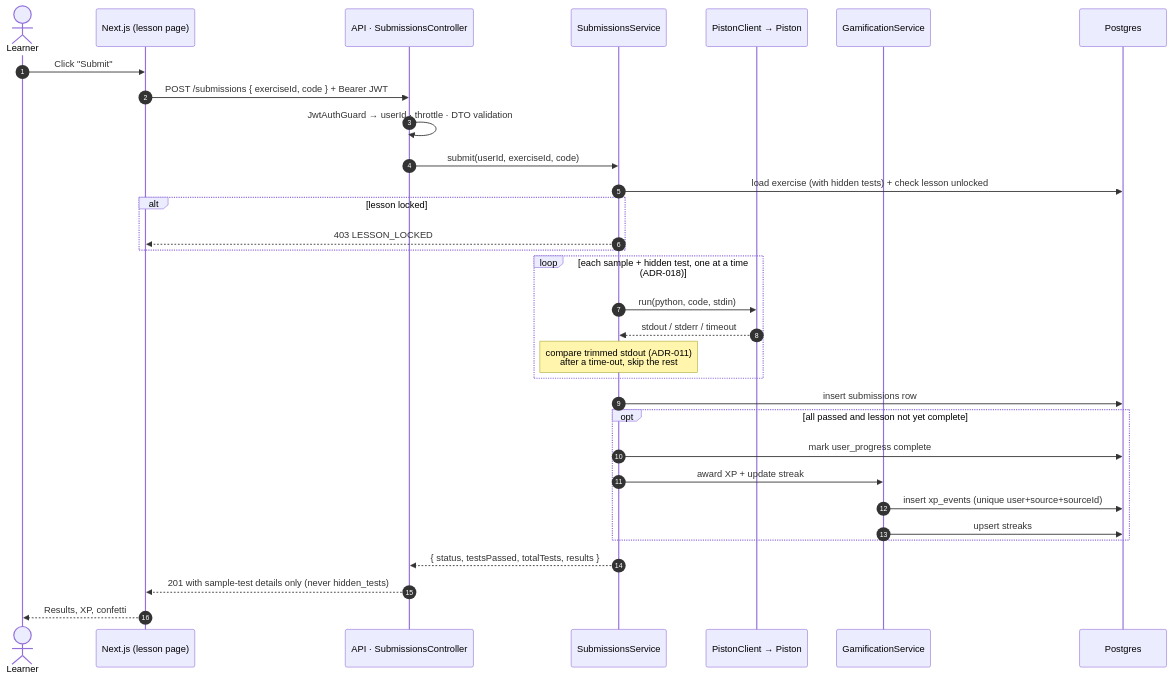
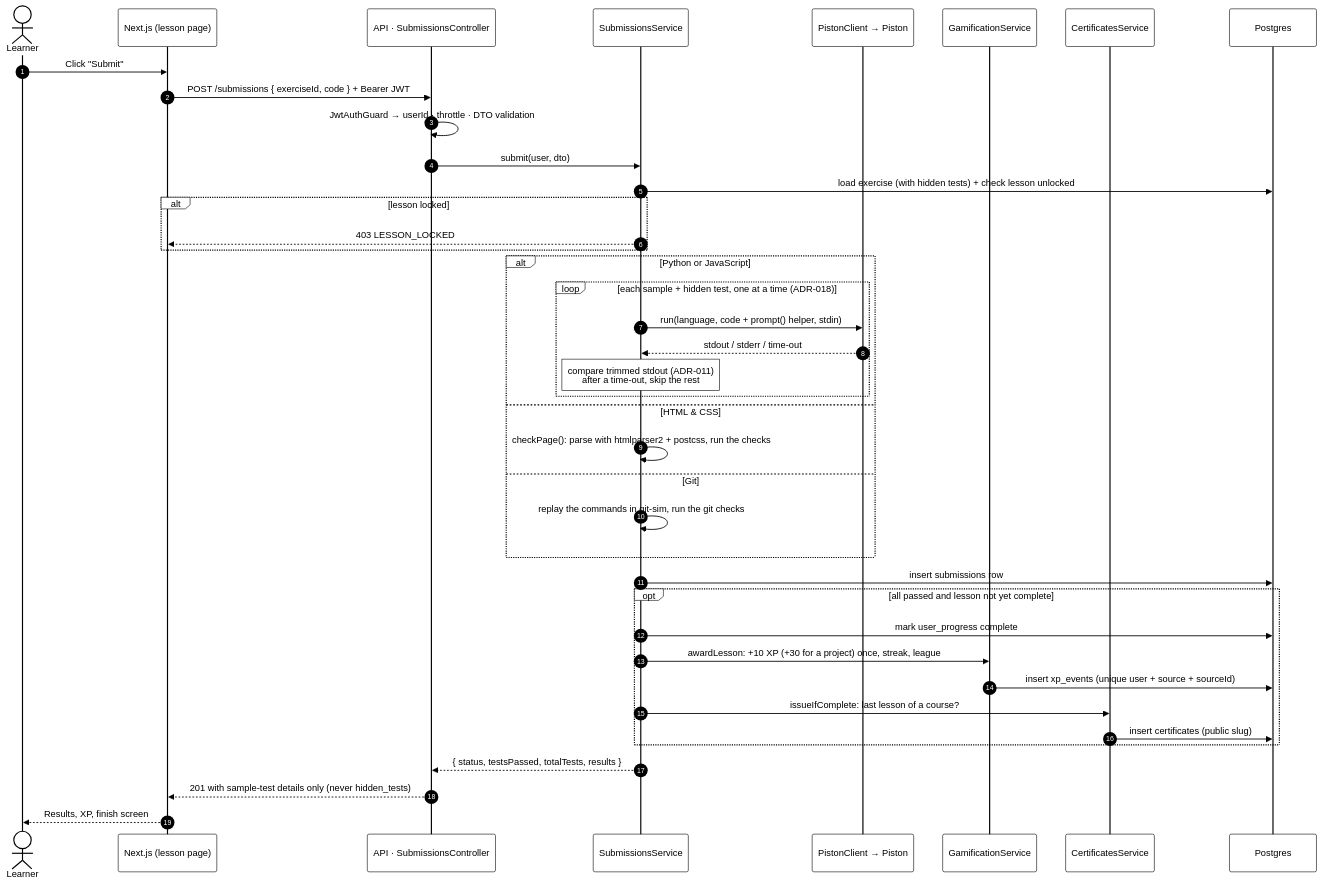
Before and after one commit to Hritik-sharmaa/loophole: the third of 14 diagrams in docs/diagrams/architecture.md, drawn with Mermaid. The commit also changed other lines of this file and 4 other files, not shown here.

Commit message:
docs: add architecture and system design diagrams with documentation

````diff
--- a/docs/diagrams/architecture.md
+++ b/docs/diagrams/architecture.md
@@ -158,35 +201,44 @@
 ```mermaid
+%%{init: {"theme": "base", "themeVariables": {"background": "#ffffff", "primaryColor": "#ffffff", "primaryTextColor": "#000000", "primaryBorderColor": "#000000", "lineColor": "#000000", "textColor": "#000000", "mainBkg": "#ffffff", "actorBkg": "#ffffff", "actorBorder": "#000000", "actorTextColor": "#000000", "actorLineColor": "#000000", "signalColor": "#000000", "signalTextColor": "#000000", "labelBoxBkgColor": "#ffffff", "labelBoxBorderColor": "#000000", "labelTextColor": "#000000", "loopTextColor": "#000000", "noteBkgColor": "#ffffff", "noteBorderColor": "#000000", "noteTextColor": "#000000", "activationBkgColor": "#ffffff", "activationBorderColor": "#000000", "sequenceNumberColor": "#ffffff", "altBackground": "#ffffff"}}}%%
 sequenceDiagram
     autonumber
     actor L as Learner
     participant W as Next.js (lesson page)
     participant A as API · SubmissionsController
     participant S as SubmissionsService
     participant P as PistonClient → Piston
     participant G as GamificationService
+    participant C as CertificatesService
     participant DB as Postgres
 
     L->>W: Click "Submit"
     W->>A: POST /submissions { exerciseId, code } + Bearer JWT
     A->>A: JwtAuthGuard → userId · throttle · DTO validation
-    A->>S: submit(userId, exerciseId, code)
+    A->>S: submit(user, dto)
     S->>DB: load exercise (with hidden tests) + check lesson unlocked
     alt lesson locked
         S-->>W: 403 LESSON_LOCKED
     end
-    loop each sample + hidden test, one at a time (ADR-018)
-        S->>P: run(python, code, stdin)
-        P-->>S: stdout / stderr / timeout
-        Note over S: compare trimmed stdout (ADR-011)<br/>after a time-out, skip the rest
+    alt Python or JavaScript
+        loop each sample + hidden test, one at a time (ADR-018)
+            S->>P: run(language, code + prompt() helper, stdin)
+            P-->>S: stdout / stderr / time-out
+            Note over S: compare trimmed stdout (ADR-011)<br/>after a time-out, skip the rest
+        end
+    else HTML & CSS
+        S->>S: checkPage(): parse with htmlparser2 + postcss, run the checks
+    else Git
+        S->>S: replay the commands in git-sim, run the git checks
     end
     S->>DB: insert submissions row
     opt all passed and lesson not yet complete
         S->>DB: mark user_progress complete
-        S->>G: award XP + update streak
-        G->>DB: insert xp_events (unique user+source+sourceId)
-        G->>DB: upsert streaks
+        S->>G: awardLesson: +10 XP (+30 for a project) once, streak, league
+        G->>DB: insert xp_events (unique user + source + sourceId)
+        S->>C: issueIfComplete: last lesson of a course?
+        C->>DB: insert certificates (public slug)
     end
     S-->>A: { status, testsPassed, totalTests, results }
     A-->>W: 201 with sample-test details only (never hidden_tests)
-    W-->>L: Results, XP, confetti
+    W-->>L: Results, XP, finish screen
 ```
````
